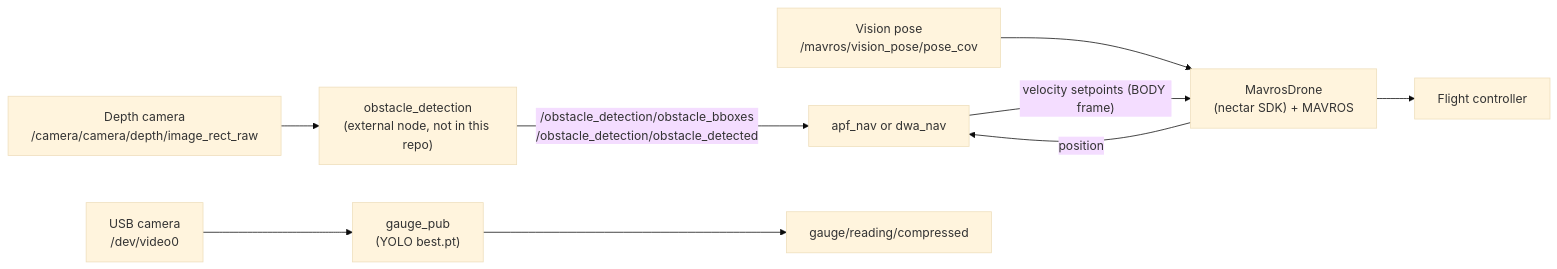
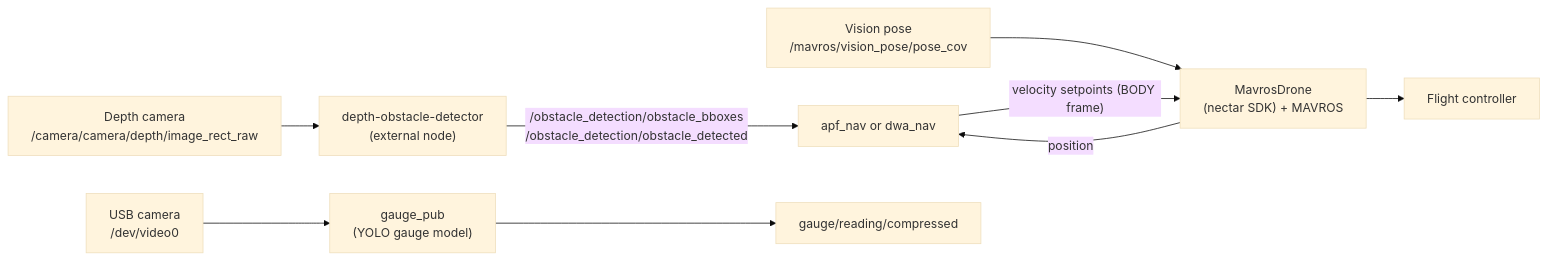
One commit to Soullis/dshw changed the diagram in README.md. Above: the diagram before and after it, drawn with Mermaid (base theme). The commit also changed other lines of this file, not shown here.

Commit message:
docs: update README with model, obstacle detector, and demo assets

````diff
--- a/README.md
+++ b/README.md
@@ -48,12 +51,12 @@
 ```mermaid
 flowchart LR
-    DEPTH["Depth camera<br/>/camera/camera/depth/image_rect_raw"] --> OD["obstacle_detection<br/>(external node, not in this repo)"]
-    OD -->|"/obstacle_detection/obstacle_bboxes<br/>/obstacle_detection/obstacle_detected"| NAV["apf_nav or dwa_nav"]
+    DEPTH["Depth camera<br/>/camera/camera/depth/image_rect_raw"] --> OD["depth-obstacle-detector<br/>(external node)"]
+    OD -->|" /obstacle_detection/obstacle_bboxes<br/>/obstacle_detection/obstacle_detected "| NAV["apf_nav or dwa_nav"]
     VIO["Vision pose<br/>/mavros/vision_pose/pose_cov"] --> MAV["MavrosDrone<br/>(nectar SDK) + MAVROS"]
     MAV -->|"position"| NAV
     NAV -->|"velocity setpoints (BODY frame)"| MAV
     MAV --> FCU["Flight controller"]
 
-    CAM["USB camera<br/>/dev/video0"] --> GAUGE["gauge_pub<br/>(YOLO best.pt)"]
+    CAM["USB camera<br/>/dev/video0"] --> GAUGE["gauge_pub<br/>(YOLO gauge model)"]
     GAUGE --> OUT["gauge/reading/compressed"]
 ```
````
